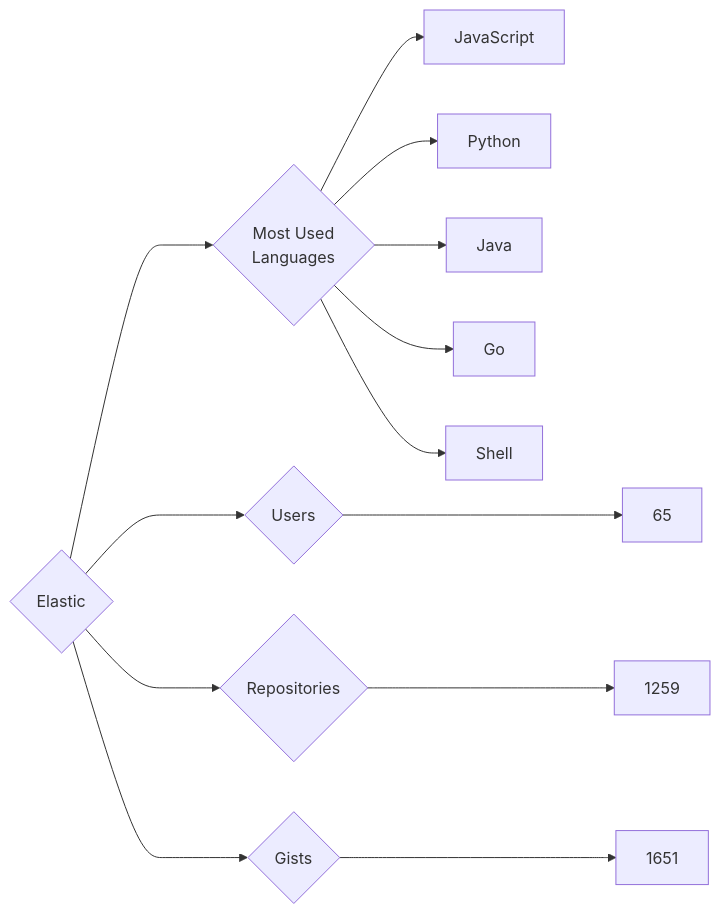
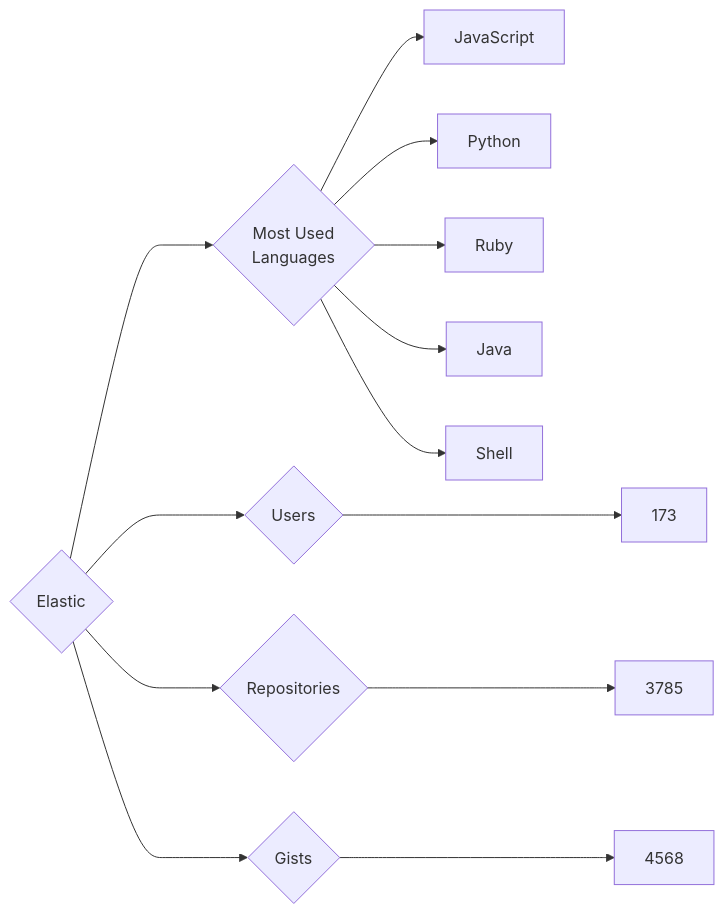
One commit to trickest/insiders changed the diagram in targets/Elastic/README.md. Above: the diagram before and after it, drawn with Mermaid. The commit also changed 953 other files, not shown here.

````diff
--- a/targets/Elastic/README.md
+++ b/targets/Elastic/README.md
@@ -3,13 +3,13 @@
 ```mermaid
 graph LR
 COMPANY_NAME{Elastic}
-COMPANY_NAME ---> U{Users} ---> UN[65]
-COMPANY_NAME ---> R{Repositories} ---> RN[1259]
-COMPANY_NAME ---> G{Gists} ---> GN[1651]
+COMPANY_NAME ---> U{Users} ---> UN[173]
+COMPANY_NAME ---> R{Repositories} ---> RN[3785]
+COMPANY_NAME ---> G{Gists} ---> GN[4568]
 COMPANY_NAME ---> ML{Most Used<br>Languages}
 ML --> JavaScript[JavaScript]
 ML --> Python[Python]
+ML --> Ruby[Ruby]
 ML --> Java[Java]
-ML --> Go[Go]
 ML --> Shell[Shell]
 ```
````
